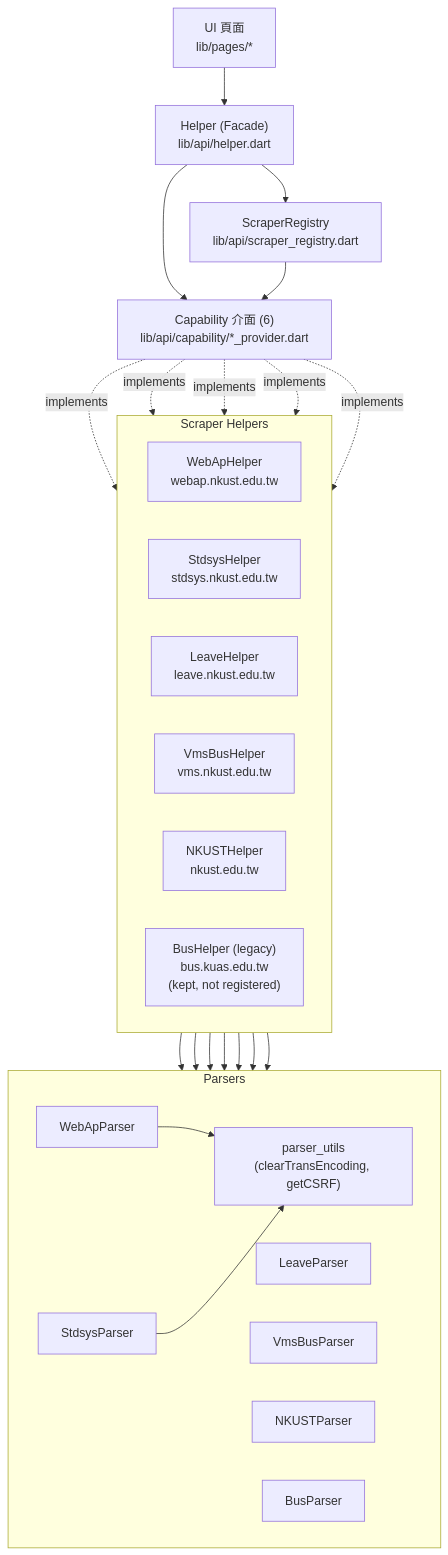
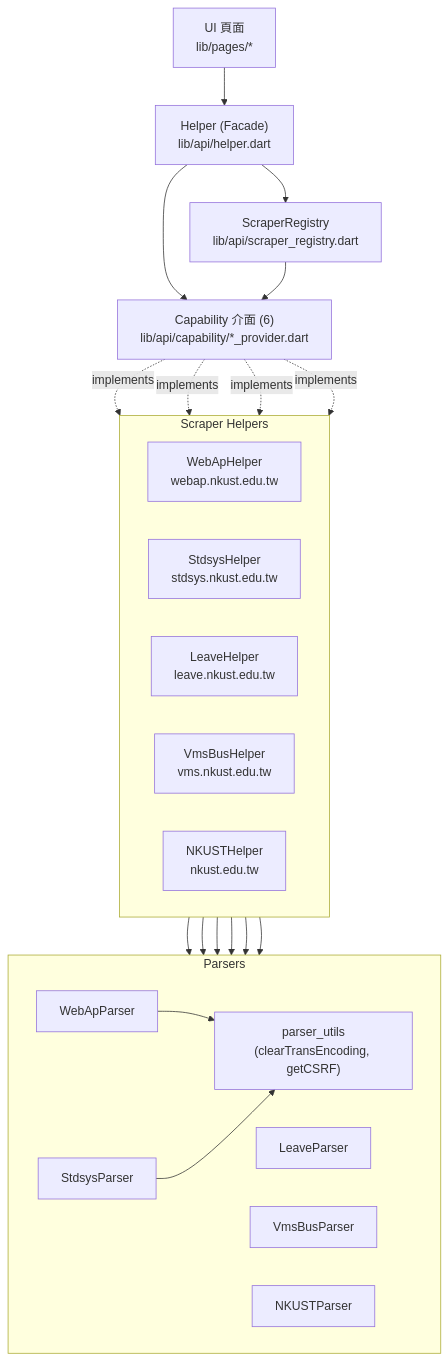
One commit to NKUST-ITC/NKUST-AP-Flutter changed the first of 6 diagrams in docs/crawler-architecture.md. Above: the diagram before and after it, drawn with Mermaid. The commit also changed other lines of this file and 13 other files, not shown here.

First line of the commit message:
chore(api): remove legacy bus.kuas.edu.tw BusHelper

````diff
--- a/docs/crawler-architecture.md
+++ b/docs/crawler-architecture.md
@@ -22,48 +22,44 @@
 ```mermaid
 flowchart TB
   UI["UI 頁面<br/>lib/pages/*"]
   Helper["Helper (Facade)<br/>lib/api/helper.dart"]
   Registry["ScraperRegistry<br/>lib/api/scraper_registry.dart"]
   Capability["Capability 介面 (6)<br/>lib/api/capability/*_provider.dart"]
 
   subgraph Helpers ["Scraper Helpers"]
     direction LR
     WebAp["WebApHelper<br/>webap.nkust.edu.tw"]
     Stdsys["StdsysHelper<br/>stdsys.nkust.edu.tw"]
     Leave["LeaveHelper<br/>leave.nkust.edu.tw"]
     Vms["VmsBusHelper<br/>vms.nkust.edu.tw"]
     Nkust["NKUSTHelper<br/>nkust.edu.tw"]
-    BusLegacy["BusHelper (legacy)<br/>bus.kuas.edu.tw<br/>(kept, not registered)"]
   end
 
   subgraph Parsers ["Parsers"]
     direction LR
     ApParser[WebApParser]
     StdsysParser[StdsysParser]
     LeaveParser[LeaveParser]
     VmsParser[VmsBusParser]
     NkustParser[NKUSTParser]
-    BusParser[BusParser]
     Utils["parser_utils<br/>(clearTransEncoding, getCSRF)"]
   end
 
   UI --> Helper
   Helper --> Registry
   Helper --> Capability
   Registry --> Capability
   Capability -.implements.-> WebAp
   Capability -.implements.-> Stdsys
   Capability -.implements.-> Leave
   Capability -.implements.-> Vms
-  Capability -.implements.-> BusLegacy
 
   WebAp --> ApParser
   Stdsys --> StdsysParser
   Leave --> LeaveParser
   Vms --> VmsParser
   Nkust --> NkustParser
-  BusLegacy --> BusParser
   ApParser --> Utils
   StdsysParser --> Utils
   Vms --> Utils
 ```
````
